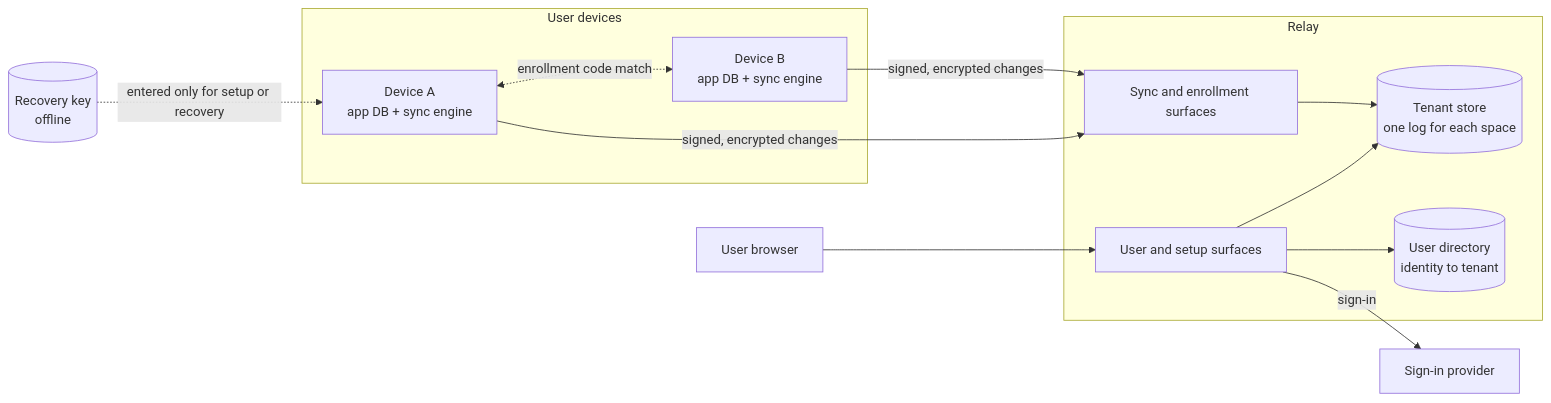
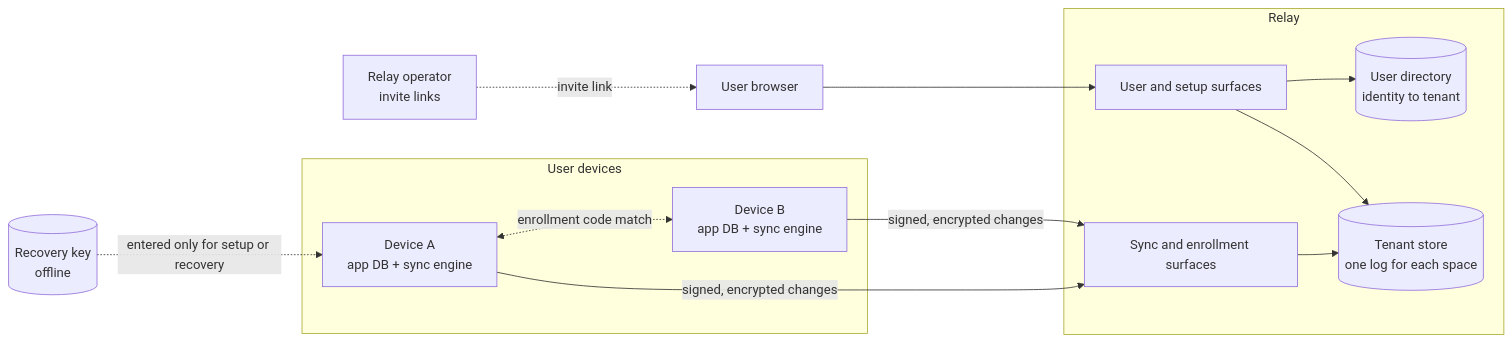
The diagram in DESIGN.md (bcrisp4/snailfish), drawn with Mermaid before and after one commit. The commit also changed other lines of this file, not shown here.

````diff
--- a/DESIGN.md
+++ b/DESIGN.md
@@ -326,25 +346,25 @@
 ```mermaid
 flowchart LR
   subgraph User devices
     A[Device A<br/>app DB + sync engine]
     B[Device B<br/>app DB + sync engine]
   end
   Browser[User browser]
-  IdP[Sign-in provider]
+  Op[Relay operator<br/>invite links]
   RK[(Recovery key<br/>offline)]
   subgraph Relay
     S[Sync and enrollment surfaces]
     O[User and setup surfaces]
     Dir[(User directory<br/>identity to tenant)]
     T[(Tenant store<br/>one log for each space)]
   end
   A -- signed, encrypted changes --> S
   B -- signed, encrypted changes --> S
   A <-. enrollment code match .-> B
   Browser --> O
-  O -- sign-in --> IdP
+  Op -. invite link .-> Browser
   O --> Dir
   S --> T
   O --> T
   RK -. entered only for setup or recovery .-> A
 ```
````
